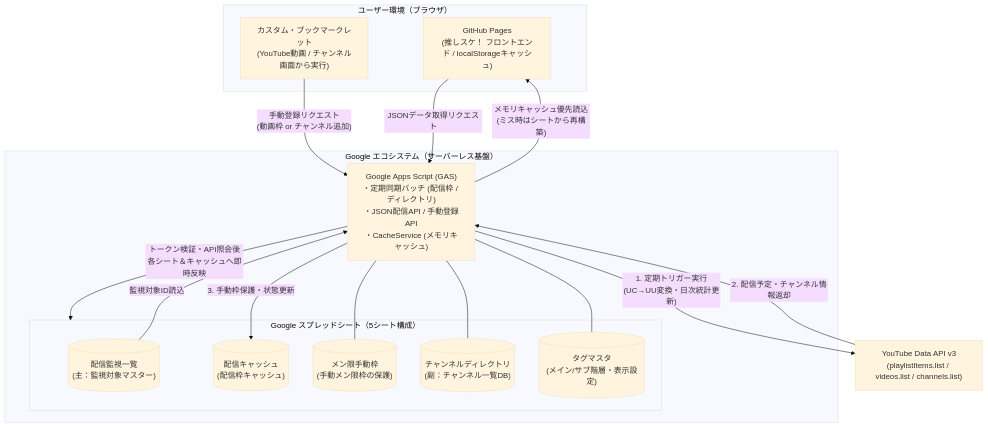
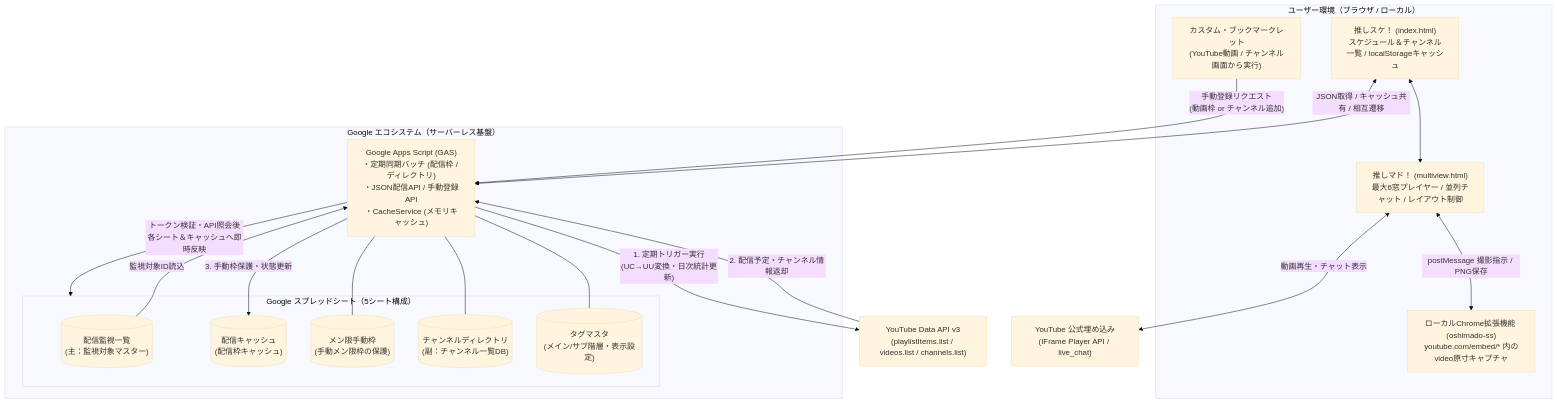
One commit to chimuncho/youtubelive-schedule-by-ch1munch0 changed the diagram in README.md. Above: the diagram before and after it, drawn with Mermaid (base theme). The commit also changed other lines of this file, not shown here.

````diff
--- a/README.md
+++ b/README.md
@@ -24,37 +23,42 @@
 ```mermaid
 flowchart TD
-    subgraph UserEnv["ユーザー環境（ブラウザ）"]
-        Web["GitHub Pages<br/>(推しスケ！ フロントエンド / localStorageキャッシュ)"]
+    subgraph UserEnv["ユーザー環境（ブラウザ / ローカル）"]
+        Web["推しスケ！ (index.html)<br/>スケジュール＆チャンネル一覧 / localStorageキャッシュ"]
+        Multi["推しマド！ (multiview.html)<br/>最大6窓プレイヤー / 並列チャット / レイアウト制御"]
+        Ext["ローカルChrome拡張機能 (oshimado-ss)<br/>youtube.com/embed/* 内のvideo原寸キャプチャ"]
         BM["カスタム・ブックマークレット<br/>(YouTube動画 / チャンネル画面から実行)"]
     end
 
     subgraph GoogleEnv["Google エコシステム（サーバーレス基盤）"]
         GAS["Google Apps Script (GAS)<br/>・定期同期バッチ (配信枠 / ディレクトリ)<br/>・JSON配信API / 手動登録API<br/>・CacheService (メモリキャッシュ)"]
         subgraph Sheets["Google スプレッドシート（5シート構成）"]
             S1[("配信監視一覧<br/>(主：監視対象マスター)")]
             S2[("配信キャッシュ<br/>(配信枠キャッシュ)")]
             S3[("メン限手動枠<br/>(手動メン限枠の保護)")]
             S4[("チャンネルディレクトリ<br/>(副：チャンネル一覧DB)")]
             S5[("タグマスタ<br/>(メイン/サブ階層・表示設定)")]
         end
     end
 
-    YT["YouTube Data API v3<br/>(playlistItems.list / videos.list / channels.list)"]
+    YT_API["YouTube Data API v3<br/>(playlistItems.list / videos.list / channels.list)"]
+    YT_EMBED["YouTube 公式埋め込み<br/>(IFrame Player API / live_chat)"]
 
     %% 自動収集フロー
     S1 -- "監視対象ID読込" --> GAS
-    GAS -- "1. 定期トリガー実行<br/>(UC→UU変換・日次統計更新)" --> YT
-    YT -- "2. 配信予定・チャンネル情報返却" --> GAS
+    GAS -- "1. 定期トリガー実行<br/>(UC→UU変換・日次統計更新)" --> YT_API
+    YT_API -- "2. 配信予定・チャンネル情報返却" --> GAS
     GAS -- "3. 手動枠保護・状態更新" --> S2
     GAS --- S3
     GAS --- S4
     GAS --- S5
 
     %% 手動登録フロー
     BM -- "手動登録リクエスト<br/>(動画枠 or チャンネル追加)" --> GAS
     GAS -- "トークン検証・API照会後<br/>各シート＆キャッシュへ即時反映" --> Sheets
 
-    %% 閲覧フロー
-    Web -- "JSONデータ取得リクエスト" --> GAS
-    GAS -- "メモリキャッシュ優先読込<br/>(ミス時はシートから再構築)" --> Web
+    %% 閲覧・複窓フロー
+    Web <-- "JSON取得 / キャッシュ共有 / 相互遷移" --> GAS
+    Web <--> Multi
+    Multi <-- "動画再生・チャット表示" --> YT_EMBED
+    Multi <-- "postMessage 撮影指示 / PNG保存" --> Ext
 ```
````
